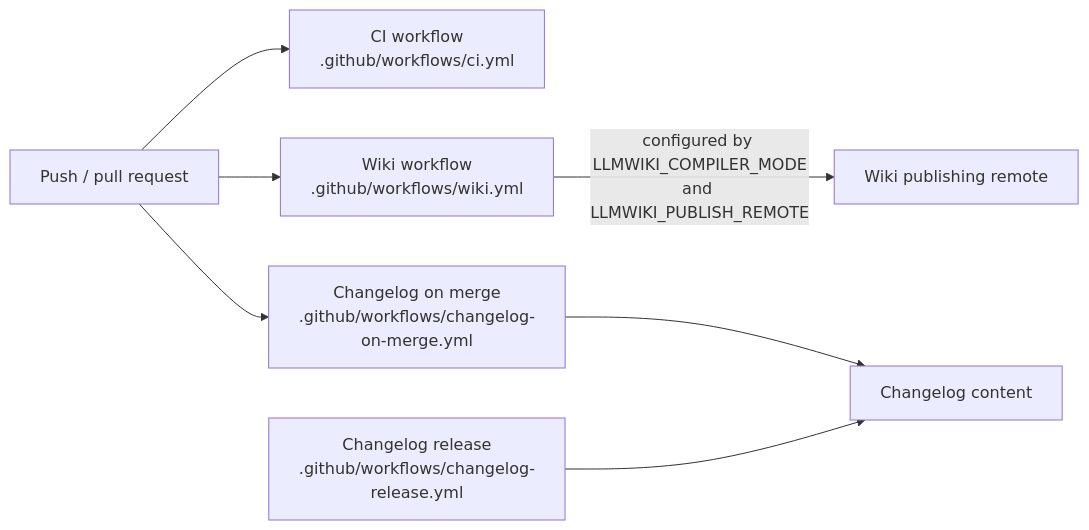
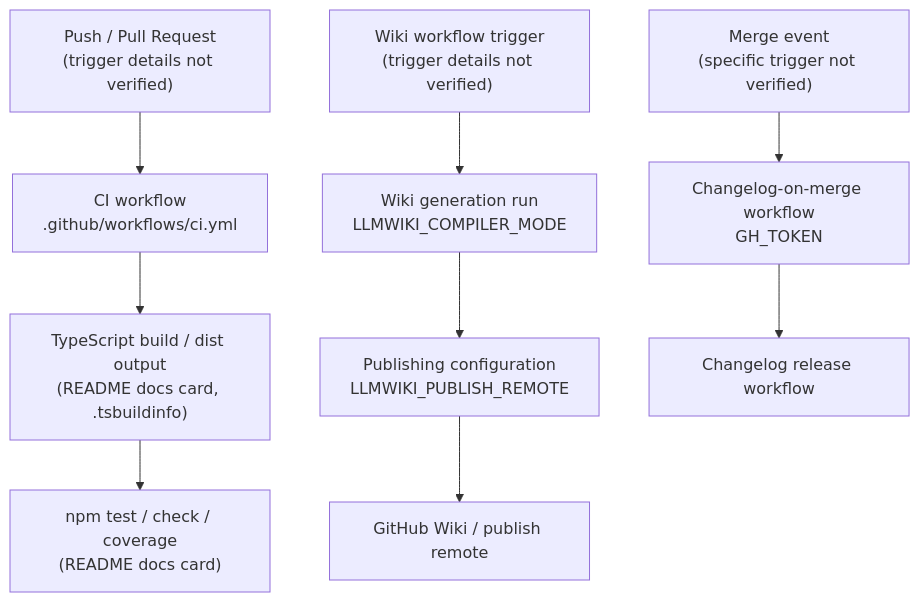
The fourth of 4 diagrams in Architecture.md (mfittko/repo-wiki), drawn with Mermaid before and after one commit. The commit also changed other lines of this file and 43 other files, not shown here.

````diff
--- a/Architecture.md
+++ b/Architecture.md
@@ -206,17 +311,27 @@
 ```mermaid
-flowchart LR
-    PushOrPR["Push / pull request"]
-    CI["CI workflow<br/>.github/workflows/ci.yml"]
-    WikiJob["Wiki workflow<br/>.github/workflows/wiki.yml"]
-    ChangelogMerge["Changelog on merge<br/>.github/workflows/changelog-on-merge.yml"]
-    ChangelogRelease["Changelog release<br/>.github/workflows/changelog-release.yml"]
-    WikiRemote["Wiki publishing remote"]
-    Changelog["Changelog content"]
+flowchart TB
+  PushPR["Push / Pull Request<br/>(trigger details not verified)"]
+  CI["CI workflow<br/>.github/workflows/ci.yml"]
+  Build["TypeScript build / dist output<br/>(README docs card, .tsbuildinfo)"]
+  Test["npm test / check / coverage<br/>(README docs card)"]
 
-    PushOrPR --> CI
-    PushOrPR --> WikiJob
-    WikiJob -->|"configured by LLMWIKI_COMPILER_MODE<br/>and LLMWIKI_PUBLISH_REMOTE"| WikiRemote
-    PushOrPR --> ChangelogMerge
-    ChangelogMerge --> Changelog
-    ChangelogRelease --> Changelog
+  WikiTrigger["Wiki workflow trigger<br/>(trigger details not verified)"]
+  WikiRun["Wiki generation run<br/>LLMWIKI_COMPILER_MODE"]
+  PublishDecision["Publishing configuration<br/>LLMWIKI_PUBLISH_REMOTE"]
+  WikiRemote["GitHub Wiki / publish remote"]
+
+  Merge["Merge event<br/>(specific trigger not verified)"]
+  ChangelogMerge["Changelog-on-merge workflow<br/>GH_TOKEN"]
+  ChangelogRelease["Changelog release workflow"]
+
+  PushPR --> CI
+  CI --> Build
+  Build --> Test
+
+  WikiTrigger --> WikiRun
+  WikiRun --> PublishDecision
+  PublishDecision --> WikiRemote
+
+  Merge --> ChangelogMerge
+  ChangelogMerge --> ChangelogRelease
 ```
````
